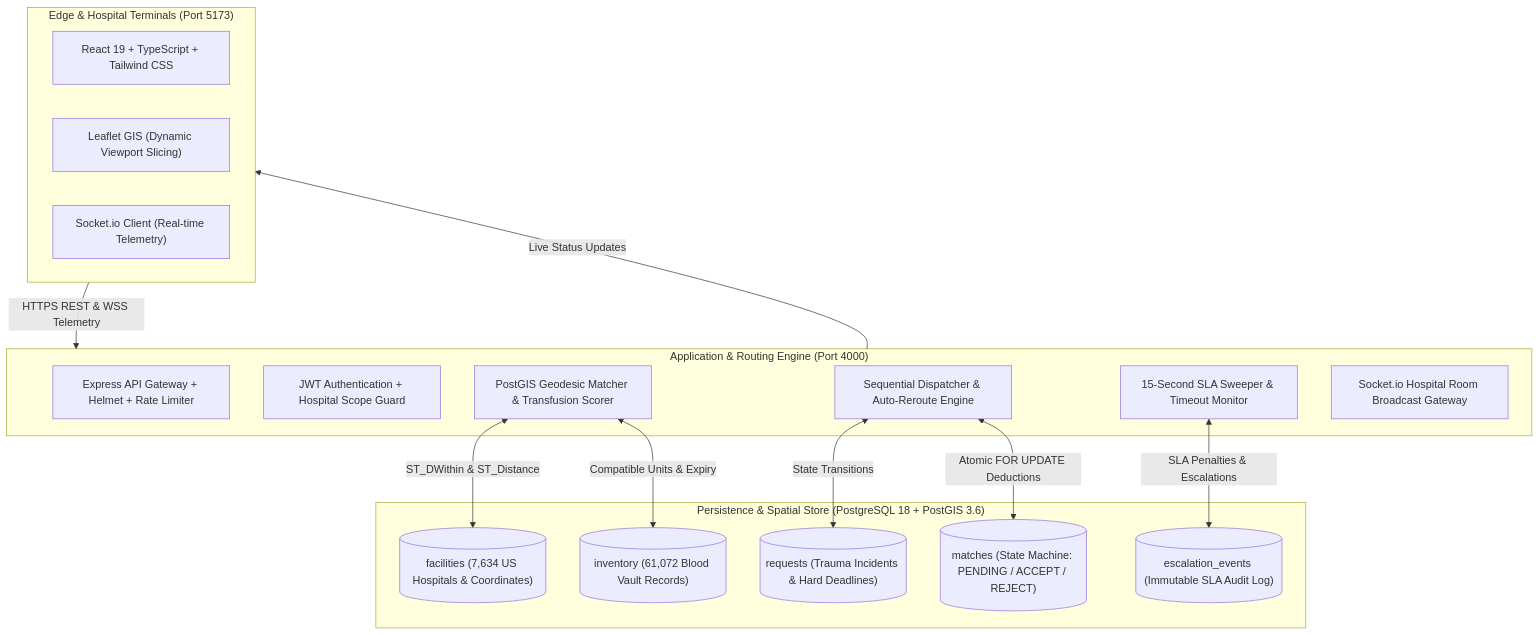
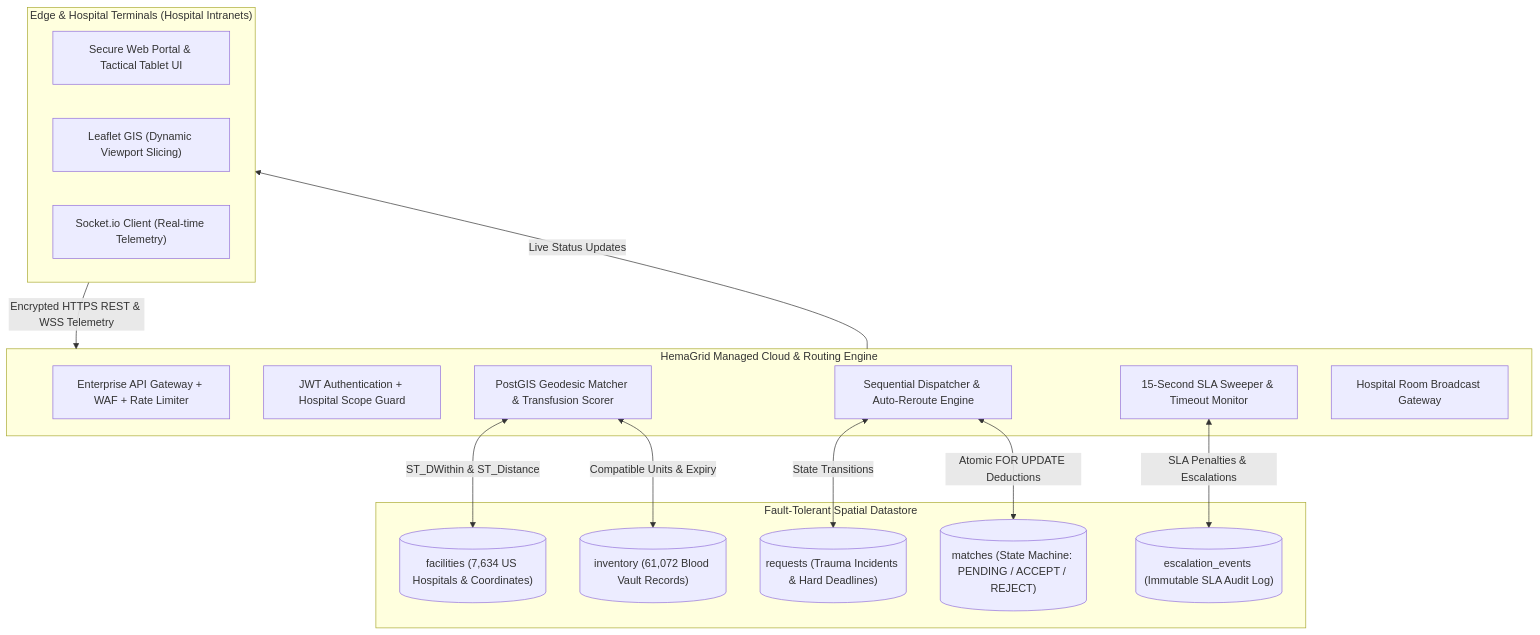
The diagram in README.md (saicharan26263/HemaGrid), drawn with Mermaid before and after one commit. The commit also changed other lines of this file, not shown here.

Commit message:
docs: transition to commercial managed enterprise SaaS specification with zero on-prem burden

````diff
--- a/README.md
+++ b/README.md
@@ -30,33 +31,33 @@
 ```mermaid
 flowchart TD
-    subgraph ClientLayer["Edge & Hospital Terminals (Port 5173)"]
-        UI["React 19 + TypeScript + Tailwind CSS"]
+    subgraph ClientLayer["Edge & Hospital Terminals (Hospital Intranets)"]
+        UI["Secure Web Portal & Tactical Tablet UI"]
         LeafletGIS["Leaflet GIS (Dynamic Viewport Slicing)"]
         SocketClient["Socket.io Client (Real-time Telemetry)"]
     end
 
-    subgraph APILayer["Application & Routing Engine (Port 4000)"]
-        Express["Express API Gateway + Helmet + Rate Limiter"]
+    subgraph APILayer["HemaGrid Managed Cloud & Routing Engine"]
+        Express["Enterprise API Gateway + WAF + Rate Limiter"]
         AuthMiddleware["JWT Authentication + Hospital Scope Guard"]
         SpatialMatcher["PostGIS Geodesic Matcher & Transfusion Scorer"]
         EscalationEngine["Sequential Dispatcher & Auto-Reroute Engine"]
         SweeperCron["15-Second SLA Sweeper & Timeout Monitor"]
-        SocketGateway["Socket.io Hospital Room Broadcast Gateway"]
+        SocketGateway["Hospital Room Broadcast Gateway"]
     end
 
-    subgraph DataLayer["Persistence & Spatial Store (PostgreSQL 18 + PostGIS 3.6)"]
+    subgraph DataLayer["Fault-Tolerant Spatial Datastore"]
         FacilitiesTbl[("facilities (7,634 US Hospitals & Coordinates)")]
         InventoryTbl[("inventory (61,072 Blood Vault Records)")]
         RequestsTbl[("requests (Trauma Incidents & Hard Deadlines)")]
         MatchesTbl[("matches (State Machine: PENDING / ACCEPT / REJECT)")]
         AuditTbl[("escalation_events (Immutable SLA Audit Log)")]
     end
 
-    ClientLayer -->|HTTPS REST & WSS Telemetry| APILayer
+    ClientLayer -->|Encrypted HTTPS REST & WSS Telemetry| APILayer
     SpatialMatcher <-->|ST_DWithin & ST_Distance| FacilitiesTbl
     SpatialMatcher <-->|Compatible Units & Expiry| InventoryTbl
     EscalationEngine <-->|Atomic FOR UPDATE Deductions| MatchesTbl
     EscalationEngine <-->|State Transitions| RequestsTbl
     SweeperCron <-->|SLA Penalties & Escalations| AuditTbl
     APILayer -->|Live Status Updates| ClientLayer
 ```
````
